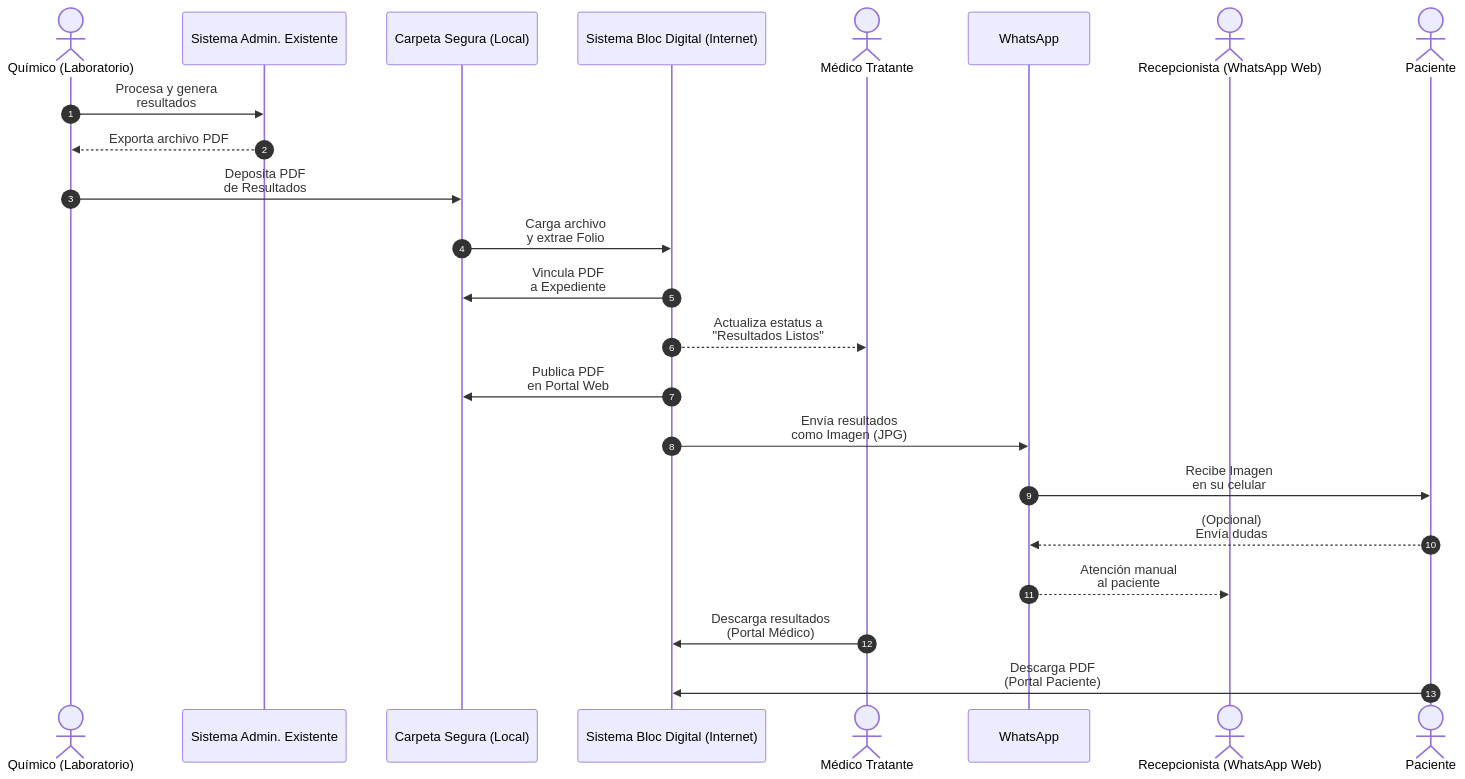
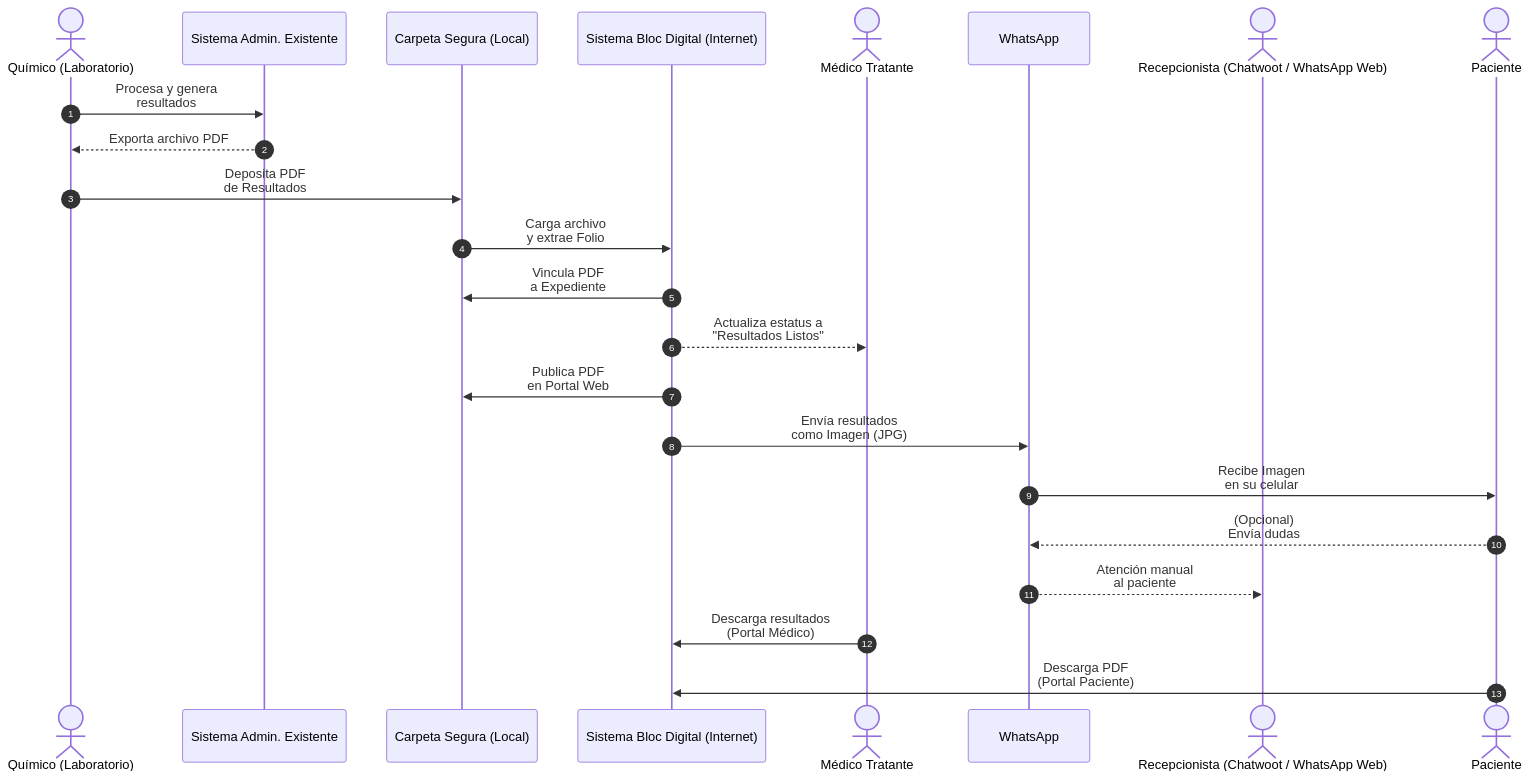
One commit to cbenavides/caelitandem_home changed the diagram in portafolio-dev-2026/blocklabgd/contrato-laesh/v1.0/diagramas1.0/diag3.mmd. Above: the diagram before and after it, drawn with Mermaid. The commit also changed 15 other files, not shown here.

```diff
--- a/portafolio-dev-2026/blocklabgd/contrato-laesh/v1.0/diagramas1.0/diag3.mmd
+++ b/portafolio-dev-2026/blocklabgd/contrato-laesh/v1.0/diagramas1.0/diag3.mmd
@@ -1,24 +1,24 @@
 sequenceDiagram
     autonumber
     actor Quimico as Químico (Laboratorio)
     participant LIS as Sistema Admin. Existente
     participant Sync as Carpeta Segura (Local)
     participant Sistema as Sistema Bloc Digital (Internet)
     actor Medico as Médico Tratante
     participant WA as WhatsApp
-    actor Recepcion as Recepcionista (WhatsApp Web)
+    actor Recepcion as Recepcionista (Chatwoot / WhatsApp Web)
     actor Paciente as Paciente
 
     Quimico->>LIS: Procesa y genera<br/>resultados
     LIS-->>Quimico: Exporta archivo PDF
     Quimico->>Sync: Deposita PDF<br/>de Resultados
     Sync->>Sistema: Carga archivo<br/>y extrae Folio
     Sistema->>Sync: Vincula PDF<br/>a Expediente
     Sistema-->>Medico: Actualiza estatus a<br/>"Resultados Listos"
     Sistema->>Sync: Publica PDF<br/>en Portal Web
     Sistema->>WA: Envía resultados<br/>como Imagen (JPG)
     WA->>Paciente: Recibe Imagen<br/>en su celular
     Paciente-->>WA: (Opcional)<br/>Envía dudas
     WA-->>Recepcion: Atención manual<br/>al paciente
     Medico->>Sistema: Descarga resultados<br/>(Portal Médico)
     Paciente->>Sistema: Descarga PDF<br/>(Portal Paciente)
```
